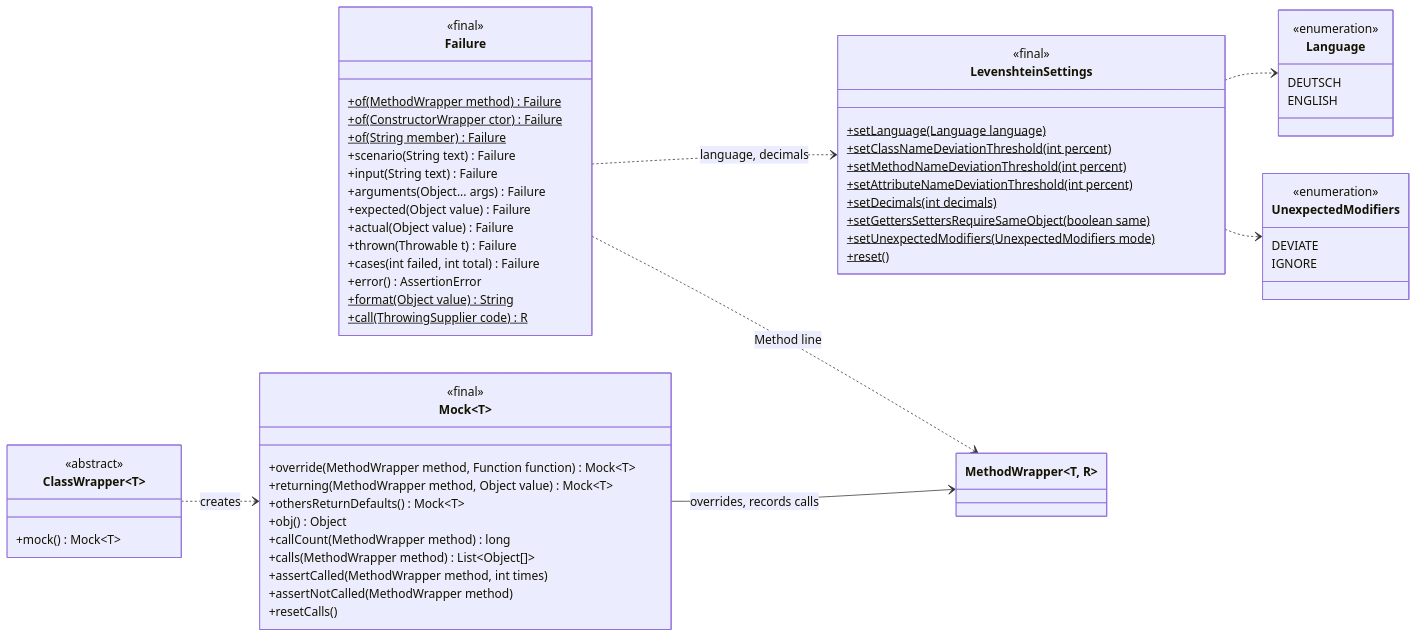
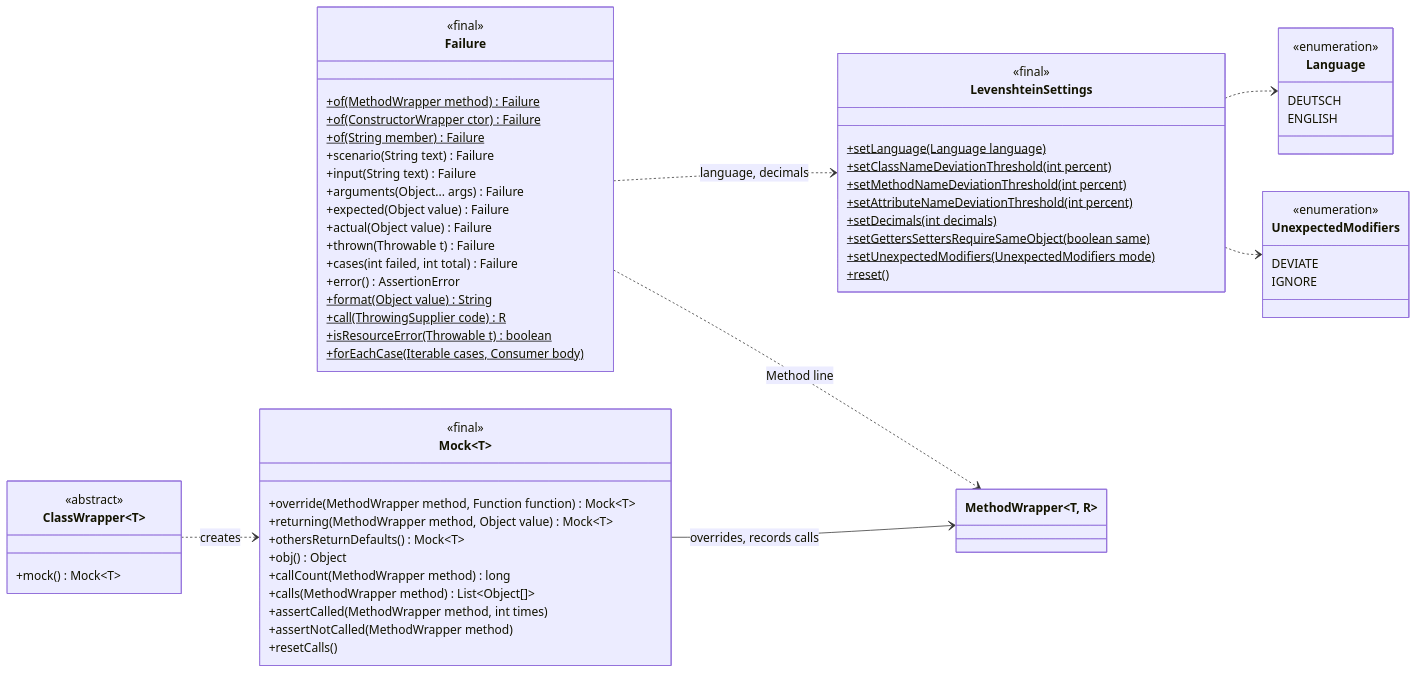
Before and after one commit to ValentinHerrmann/Levenshtein-Testing-Framework: the fourth of 6 diagrams in docs/architecture.md, drawn with Mermaid. The commit also changed other lines of this file and 10 other files, not shown here.

````diff
--- a/docs/architecture.md
+++ b/docs/architecture.md
@@ -231,65 +231,67 @@
 ```mermaid
 classDiagram
     direction LR
     class Failure {
         <<final>>
         +of(MethodWrapper method)$ Failure
         +of(ConstructorWrapper ctor)$ Failure
         +of(String member)$ Failure
         +scenario(String text) Failure
         +input(String text) Failure
         +arguments(Object... args) Failure
         +expected(Object value) Failure
         +actual(Object value) Failure
         +thrown(Throwable t) Failure
         +cases(int failed, int total) Failure
         +error() AssertionError
         +format(Object value)$ String
         +call(ThrowingSupplier code)$ R
+        +isResourceError(Throwable t)$ boolean
+        +forEachCase(Iterable cases, Consumer body)$
     }
     class Mock~T~ {
         <<final>>
         +override(MethodWrapper method, Function function) Mock~T~
         +returning(MethodWrapper method, Object value) Mock~T~
         +othersReturnDefaults() Mock~T~
         +obj() Object
         +callCount(MethodWrapper method) long
         +calls(MethodWrapper method) List~Object[]~
         +assertCalled(MethodWrapper method, int times)
         +assertNotCalled(MethodWrapper method)
         +resetCalls()
     }
     class LevenshteinSettings {
         <<final>>
         +setLanguage(Language language)$
         +setClassNameDeviationThreshold(int percent)$
         +setMethodNameDeviationThreshold(int percent)$
         +setAttributeNameDeviationThreshold(int percent)$
         +setDecimals(int decimals)$
         +setGettersSettersRequireSameObject(boolean same)$
         +setUnexpectedModifiers(UnexpectedModifiers mode)$
         +reset()$
     }
     class Language {
         <<enumeration>>
         DEUTSCH
         ENGLISH
     }
     class UnexpectedModifiers {
         <<enumeration>>
         DEVIATE
         IGNORE
     }
     class ClassWrapper~T~ {
         <<abstract>>
         +mock() Mock~T~
     }
     class MethodWrapper["MethodWrapper&lt;T, R&gt;"]
 
     ClassWrapper ..> Mock : creates
     Mock --> MethodWrapper : overrides, records calls
     Failure ..> MethodWrapper : Method line
     Failure ..> LevenshteinSettings : language, decimals
     LevenshteinSettings ..> Language
     LevenshteinSettings ..> UnexpectedModifiers
 ```
````
